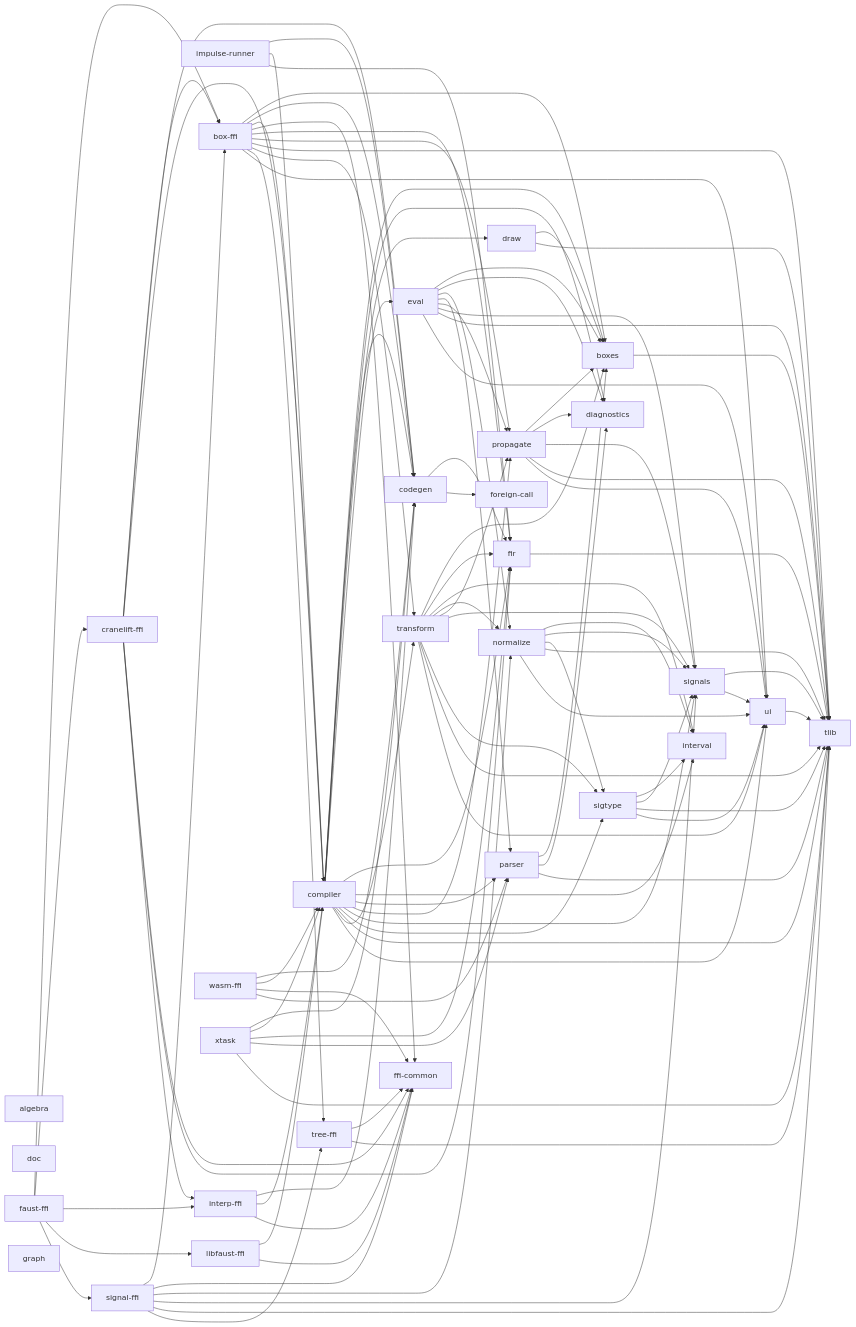
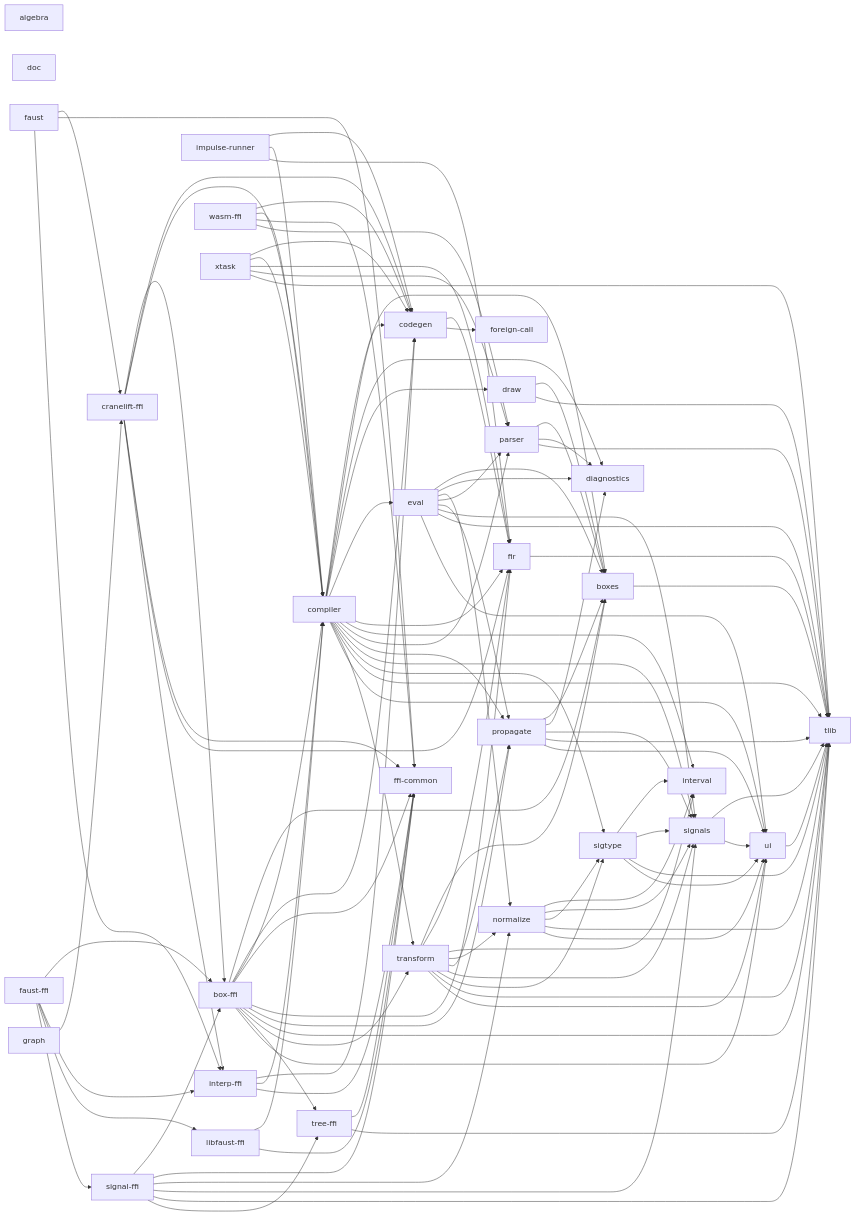
One commit to grame-cncm/faust-rs changed the diagram in docs/code-graphs/internal-crate-deps.mmd. Above: the diagram before and after it, drawn with Mermaid. The commit also changed 10 other files, not shown here.

```diff
--- a/docs/code-graphs/internal-crate-deps.mmd
+++ b/docs/code-graphs/internal-crate-deps.mmd
@@ -1,135 +1,139 @@
 flowchart LR
     crate_algebra["algebra"]
     crate_box_ffi["box-ffi"]
     crate_boxes["boxes"]
     crate_codegen["codegen"]
     crate_compiler["compiler"]
     crate_cranelift_ffi["cranelift-ffi"]
     crate_diagnostics["diagnostics"]
     crate_doc["doc"]
     crate_draw["draw"]
     crate_eval["eval"]
+    crate_faust["faust"]
     crate_faust_ffi["faust-ffi"]
     crate_ffi_common["ffi-common"]
     crate_fir["fir"]
     crate_foreign_call["foreign-call"]
     crate_graph["graph"]
     crate_impulse_runner["impulse-runner"]
     crate_interp_ffi["interp-ffi"]
     crate_interval["interval"]
     crate_libfaust_ffi["libfaust-ffi"]
     crate_normalize["normalize"]
     crate_parser["parser"]
     crate_propagate["propagate"]
     crate_signal_ffi["signal-ffi"]
     crate_signals["signals"]
     crate_sigtype["sigtype"]
     crate_tlib["tlib"]
     crate_transform["transform"]
     crate_tree_ffi["tree-ffi"]
     crate_ui["ui"]
     crate_wasm_ffi["wasm-ffi"]
     crate_xtask["xtask"]
     crate_box_ffi --> crate_boxes
     crate_box_ffi --> crate_codegen
     crate_box_ffi --> crate_compiler
     crate_box_ffi --> crate_ffi_common
     crate_box_ffi --> crate_fir
     crate_box_ffi --> crate_propagate
     crate_box_ffi --> crate_tlib
     crate_box_ffi --> crate_transform
     crate_box_ffi --> crate_tree_ffi
     crate_box_ffi --> crate_ui
     crate_boxes --> crate_tlib
     crate_codegen --> crate_fir
     crate_codegen --> crate_foreign_call
     crate_compiler --> crate_boxes
     crate_compiler --> crate_codegen
     crate_compiler --> crate_diagnostics
     crate_compiler --> crate_draw
     crate_compiler --> crate_eval
     crate_compiler --> crate_fir
     crate_compiler --> crate_interval
     crate_compiler --> crate_parser
     crate_compiler --> crate_propagate
     crate_compiler --> crate_signals
     crate_compiler --> crate_sigtype
     crate_compiler --> crate_tlib
     crate_compiler --> crate_transform
     crate_compiler --> crate_ui
     crate_cranelift_ffi --> crate_box_ffi
     crate_cranelift_ffi --> crate_codegen
     crate_cranelift_ffi --> crate_compiler
     crate_cranelift_ffi --> crate_ffi_common
     crate_cranelift_ffi --> crate_fir
     crate_cranelift_ffi --> crate_interp_ffi
     crate_draw --> crate_boxes
     crate_draw --> crate_tlib
     crate_eval --> crate_boxes
     crate_eval --> crate_diagnostics
     crate_eval --> crate_normalize
     crate_eval --> crate_parser
     crate_eval --> crate_propagate
     crate_eval --> crate_signals
     crate_eval --> crate_tlib
     crate_eval --> crate_ui
+    crate_faust --> crate_cranelift_ffi
+    crate_faust --> crate_ffi_common
+    crate_faust --> crate_interp_ffi
     crate_faust_ffi --> crate_box_ffi
     crate_faust_ffi --> crate_cranelift_ffi
     crate_faust_ffi --> crate_interp_ffi
     crate_faust_ffi --> crate_libfaust_ffi
     crate_faust_ffi --> crate_signal_ffi
     crate_fir --> crate_tlib
     crate_impulse_runner --> crate_codegen
     crate_impulse_runner --> crate_compiler
     crate_impulse_runner --> crate_fir
     crate_interp_ffi --> crate_codegen
     crate_interp_ffi --> crate_compiler
     crate_interp_ffi --> crate_ffi_common
     crate_libfaust_ffi --> crate_compiler
     crate_libfaust_ffi --> crate_ffi_common
     crate_normalize --> crate_interval
     crate_normalize --> crate_signals
     crate_normalize --> crate_sigtype
     crate_normalize --> crate_tlib
     crate_normalize --> crate_ui
     crate_parser --> crate_boxes
     crate_parser --> crate_diagnostics
     crate_parser --> crate_tlib
     crate_propagate --> crate_boxes
     crate_propagate --> crate_diagnostics
     crate_propagate --> crate_signals
     crate_propagate --> crate_tlib
     crate_propagate --> crate_ui
     crate_signal_ffi --> crate_box_ffi
     crate_signal_ffi --> crate_ffi_common
     crate_signal_ffi --> crate_normalize
     crate_signal_ffi --> crate_signals
     crate_signal_ffi --> crate_tlib
     crate_signal_ffi --> crate_tree_ffi
     crate_signals --> crate_tlib
     crate_signals --> crate_ui
     crate_sigtype --> crate_interval
     crate_sigtype --> crate_signals
     crate_sigtype --> crate_tlib
     crate_sigtype --> crate_ui
     crate_transform --> crate_boxes
     crate_transform --> crate_fir
     crate_transform --> crate_interval
     crate_transform --> crate_normalize
     crate_transform --> crate_propagate
     crate_transform --> crate_signals
     crate_transform --> crate_sigtype
     crate_transform --> crate_tlib
     crate_transform --> crate_ui
     crate_tree_ffi --> crate_ffi_common
     crate_tree_ffi --> crate_tlib
     crate_ui --> crate_tlib
     crate_wasm_ffi --> crate_codegen
     crate_wasm_ffi --> crate_compiler
     crate_wasm_ffi --> crate_ffi_common
     crate_wasm_ffi --> crate_parser
     crate_xtask --> crate_codegen
     crate_xtask --> crate_compiler
     crate_xtask --> crate_fir
     crate_xtask --> crate_parser
     crate_xtask --> crate_tlib
```
